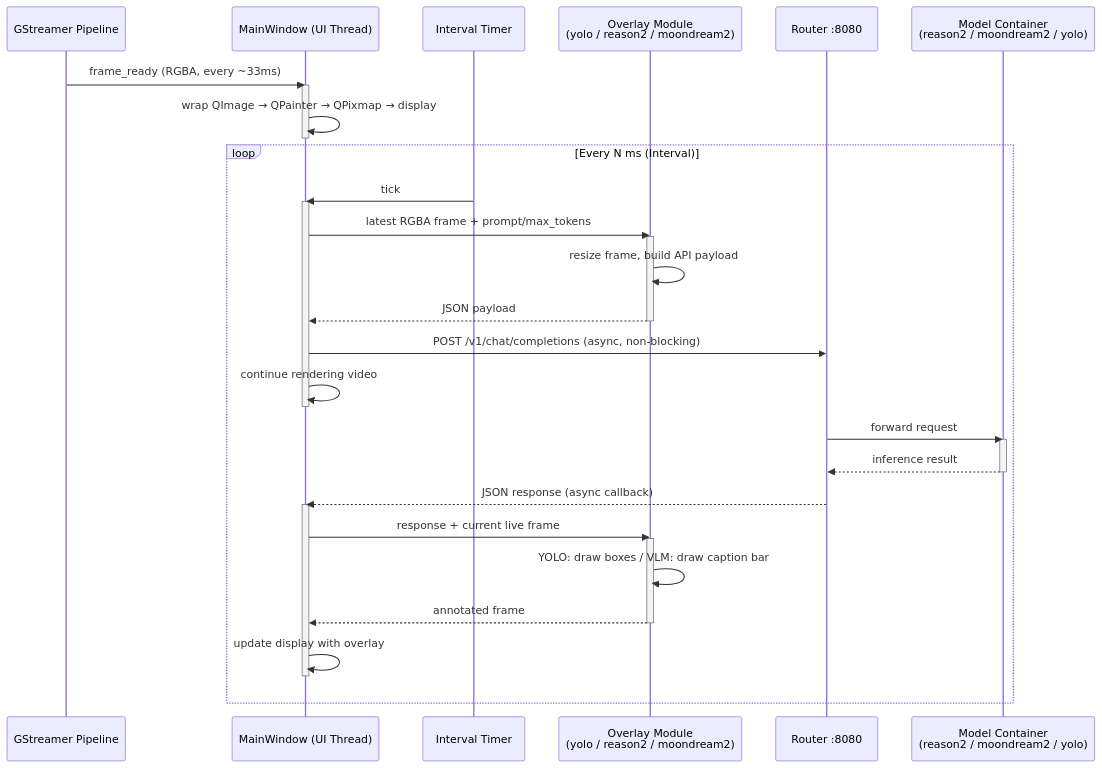
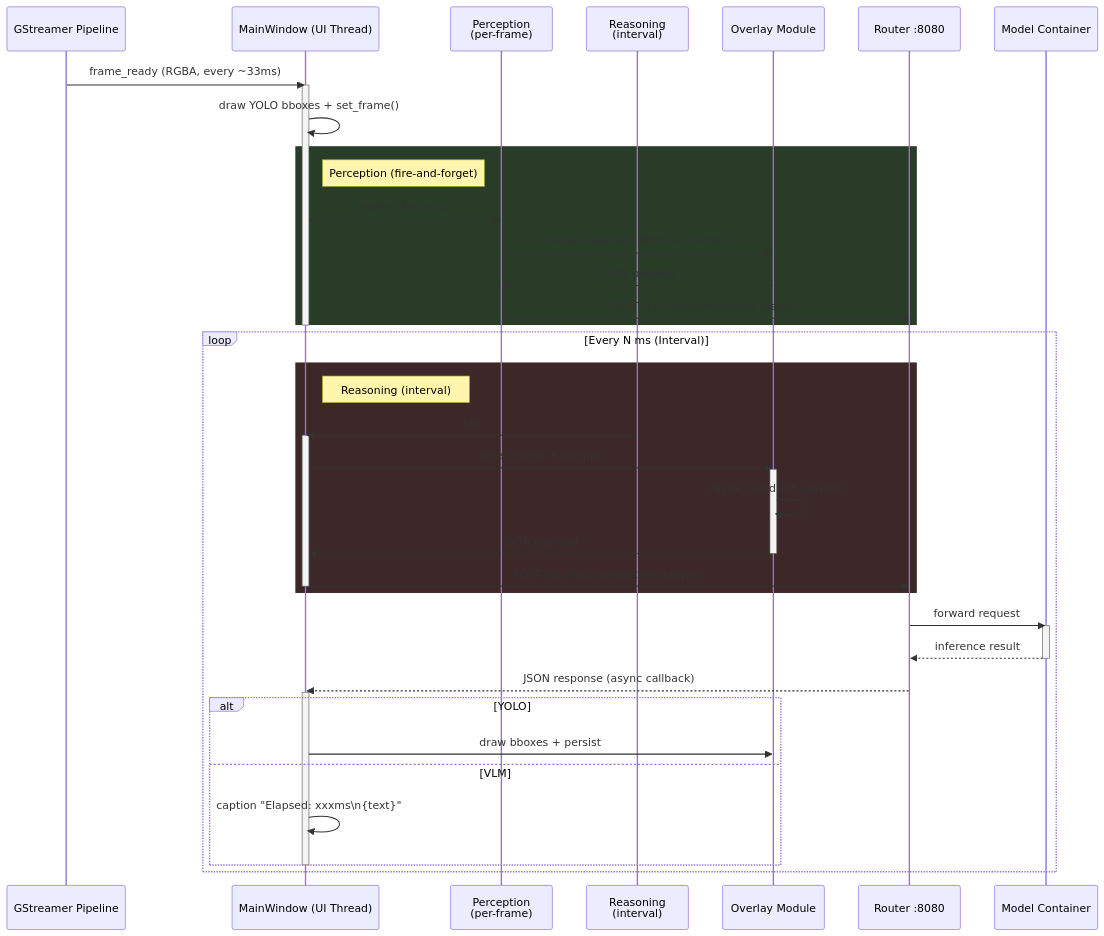
One commit to ccbruce0812/nikko-vlm-webui changed the fourth of 4 diagrams in pyside6-gui.md. Above: the diagram before and after it, drawn with Mermaid. The commit also changed other lines of this file, not shown here.

Commit message:
Update 'Design' section.

````diff
--- a/pyside6-gui.md
+++ b/pyside6-gui.md
@@ -353,41 +353,51 @@
 ```mermaid
 sequenceDiagram
     participant GST as GStreamer Pipeline
     participant UI as MainWindow (UI Thread)
-    participant Timer as Interval Timer
-    participant Mod as Overlay Module<br/>(yolo / reason2 / moondream2)
+    participant PTimer as Perception<br/>(per-frame)
+    participant RTimer as Reasoning<br/>(interval)
+    participant Mod as Overlay Module
     participant RTR as Router :8080
-    participant Backend as Model Container<br/>(reason2 / moondream2 / yolo)
+    participant Backend as Model Container
 
     GST->>UI: frame_ready (RGBA, every ~33ms)
     activate UI
-    UI->>UI: wrap QImage → QPainter → QPixmap → display
+    UI->>UI: draw YOLO bboxes + set_frame()
+
+    rect rgb(40, 60, 40)
+        note right of UI: Perception (fire-and-forget)
+        UI->>PTimer: maybe_fire(yolo)
+        PTimer->>Mod: prepare payload (JPEG + prompt)
+        Mod-->>PTimer: JSON payload
+        PTimer->>RTR: POST /v1/chat/completions (async)
+    end
     deactivate UI
 
     loop Every N ms (Interval)
-        Timer->>UI: tick
-        activate UI
-        UI->>Mod: latest RGBA frame + prompt/max_tokens
-        activate Mod
-        Mod->>Mod: resize frame, build API payload
-        Mod-->>UI: JSON payload
-        deactivate Mod
-        UI->>RTR: POST /v1/chat/completions (async, non-blocking)
-        UI->>UI: continue rendering video
-        deactivate UI
+        rect rgb(60, 40, 40)
+            note right of UI: Reasoning (interval)
+            RTimer->>UI: tick
+            activate UI
+            UI->>Mod: latest frame + prompt
+            activate Mod
+            Mod->>Mod: resize, build API payload
+            Mod-->>UI: JSON payload
+            deactivate Mod
+            UI->>RTR: POST /v1/chat/completions (async)
+            deactivate UI
+        end
 
         RTR->>Backend: forward request
         activate Backend
         Backend-->>RTR: inference result
         deactivate Backend
         RTR-->>UI: JSON response (async callback)
         activate UI
-        UI->>Mod: response + current live frame
-        activate Mod
-        Mod->>Mod: YOLO: draw boxes / VLM: draw caption bar
-        Mod-->>UI: annotated frame
-        deactivate Mod
-        UI->>UI: update display with overlay
+        alt YOLO
+            UI->>Mod: draw bboxes + persist
+        else VLM
+            UI->>UI: caption "Elapsed: xxxms\n{text}"
+        end
         deactivate UI
     end
 ```
````
